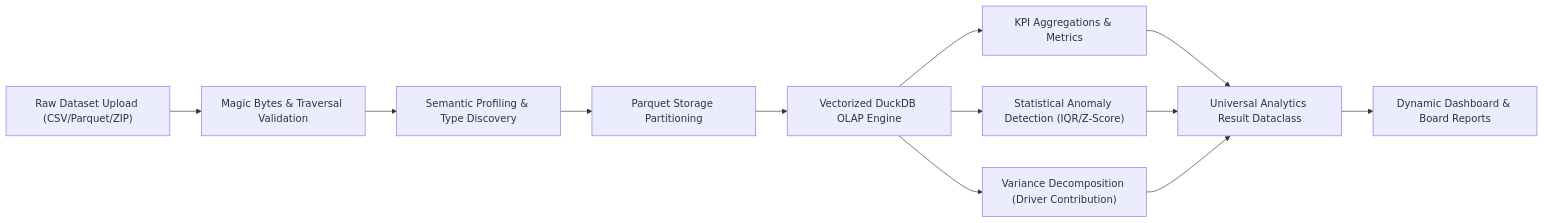
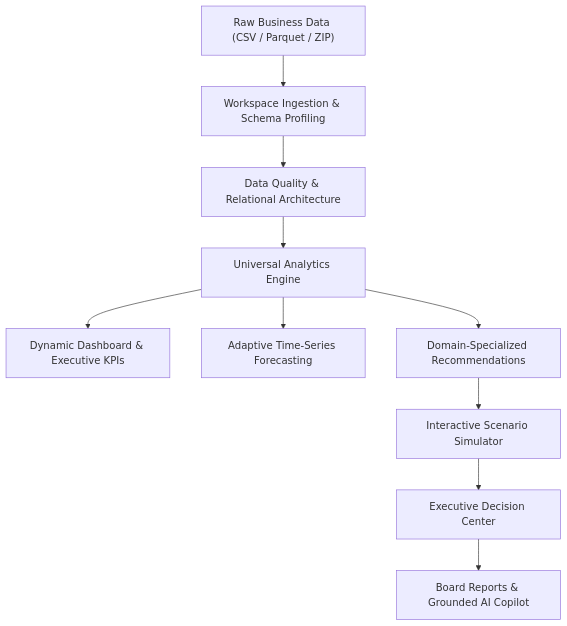
The first of 2 diagrams in README.md (AnzarKhan855/decisionlens-enterprise-analytics), drawn with Mermaid before and after one commit. The commit also changed other lines of this file and 29 other files, not shown here.

````diff
--- a/README.md
+++ b/README.md
@@ -428,12 +69,12 @@
 ```mermaid
-flowchart LR
-    A["Raw Dataset Upload (CSV/Parquet/ZIP)"] --> B["Magic Bytes & Traversal Validation"]
-    B --> C["Semantic Profiling & Type Discovery"]
-    C --> D["Parquet Storage Partitioning"]
-    D --> E["Vectorized DuckDB OLAP Engine"]
-    E --> F["KPI Aggregations & Metrics"]
-    E --> G["Statistical Anomaly Detection (IQR/Z-Score)"]
-    E --> H["Variance Decomposition (Driver Contribution)"]
-    F & G & H --> I["Universal Analytics Result Dataclass"]
-    I --> J["Dynamic Dashboard & Board Reports"]
+flowchart TD
+    A["Raw Business Data (CSV / Parquet / ZIP)"] --> B["Workspace Ingestion & Schema Profiling"]
+    B --> C["Data Quality & Relational Architecture"]
+    C --> D["Universal Analytics Engine"]
+    D --> E["Dynamic Dashboard & Executive KPIs"]
+    D --> F["Adaptive Time-Series Forecasting"]
+    D --> G["Domain-Specialized Recommendations"]
+    G --> H["Interactive Scenario Simulator"]
+    H --> I["Executive Decision Center"]
+    I --> J["Board Reports & Grounded AI Copilot"]
 ```
````
